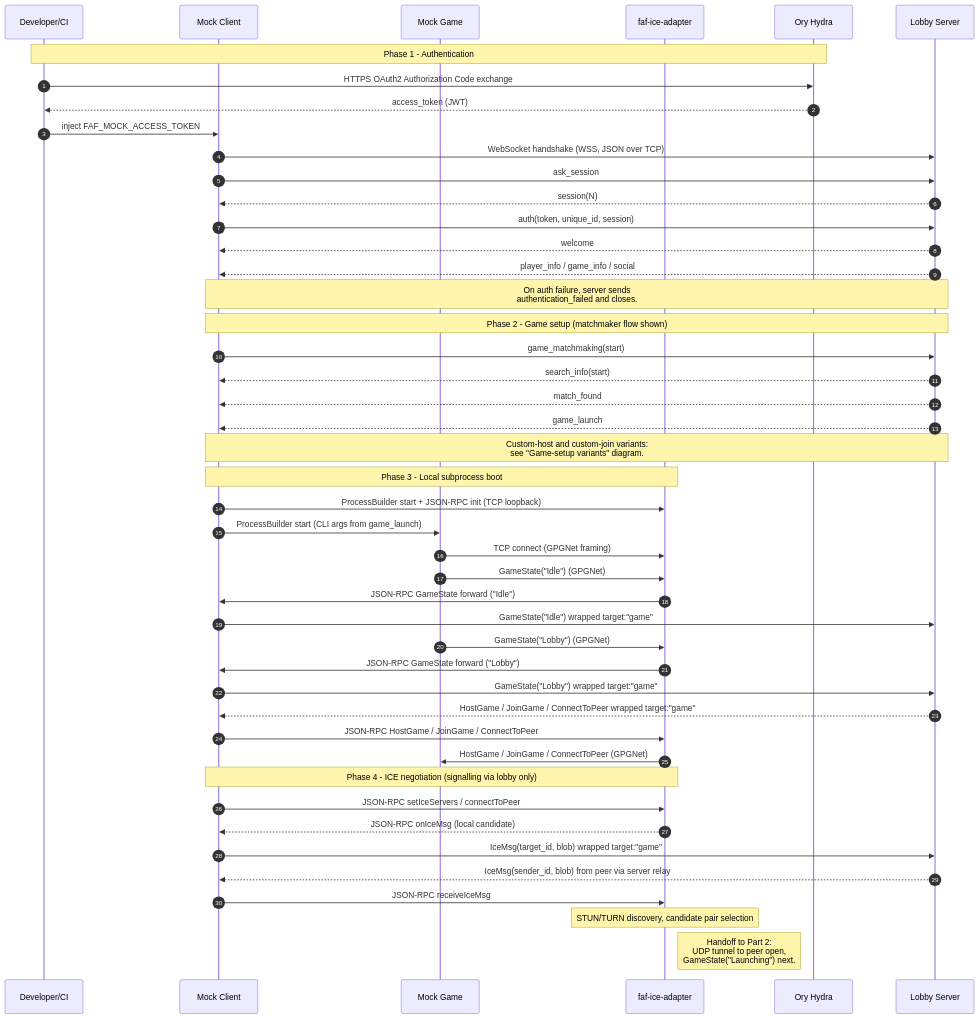
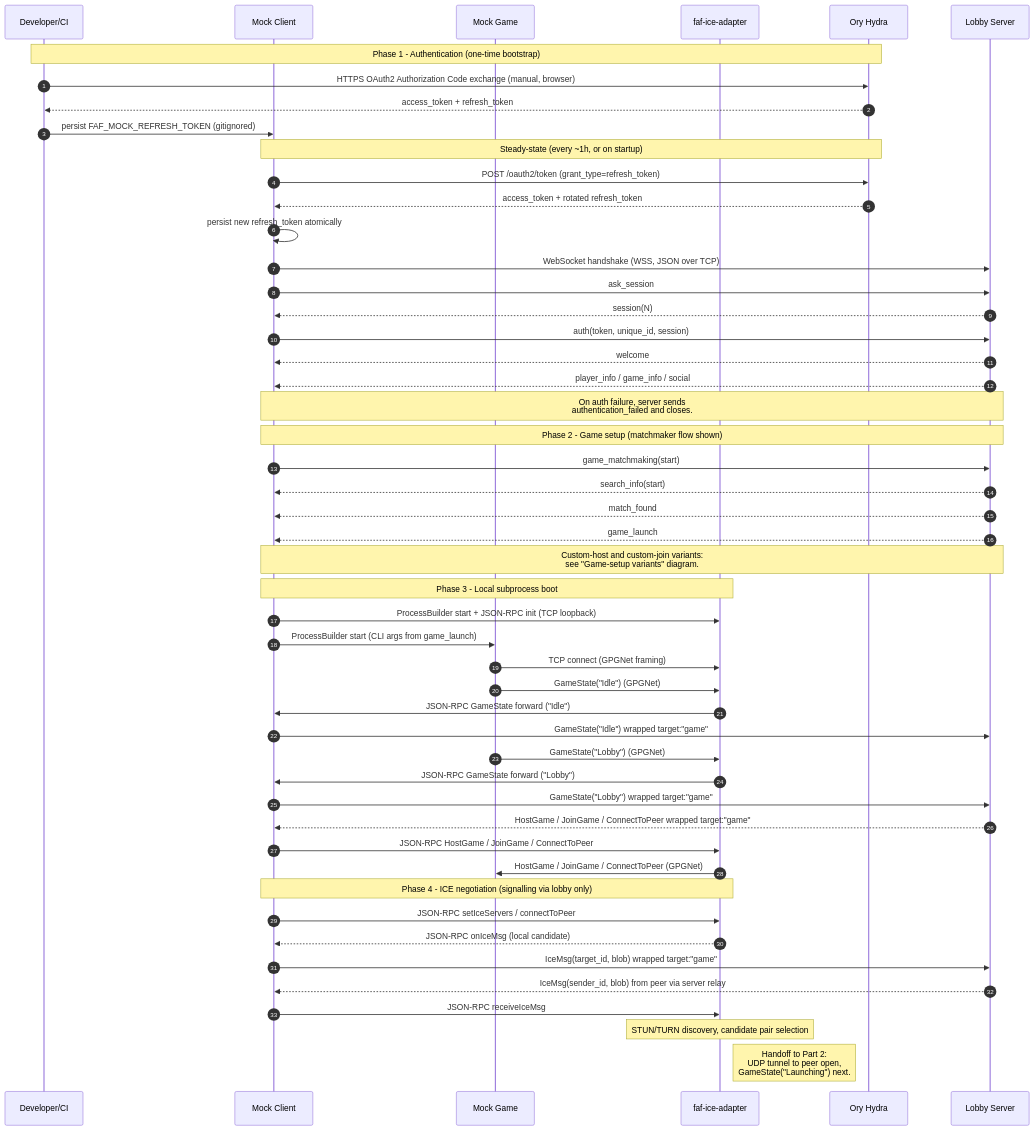
The first of 3 diagrams in documentation/diagrams/sequence-full-session.md (md-173/faf-test-harness), drawn with Mermaid before and after one commit. The commit also changed 1 other file, not shown here.

Commit message:
docs: update lobby protocol spec and sequence diagrams with oauth findings

````diff
--- a/documentation/diagrams/sequence-full-session.md
+++ b/documentation/diagrams/sequence-full-session.md
@@ -27,53 +27,59 @@
 ```mermaid
 sequenceDiagram
     autonumber
     participant Dev as Developer/CI
     participant MC as Mock Client
     participant MG as Mock Game
     participant IA as faf-ice-adapter
     participant Hydra as Ory Hydra
     participant LS as Lobby Server
 
-    Note over Dev,Hydra: Phase 1 - Authentication
-    Dev->>Hydra: HTTPS OAuth2 Authorization Code exchange
-    Hydra-->>Dev: access_token (JWT)
-    Dev->>MC: inject FAF_MOCK_ACCESS_TOKEN
+    Note over Dev,Hydra: Phase 1 - Authentication (one-time bootstrap)
+    Dev->>Hydra: HTTPS OAuth2 Authorization Code exchange (manual, browser)
+    Hydra-->>Dev: access_token + refresh_token
+    Dev->>MC: persist FAF_MOCK_REFRESH_TOKEN (gitignored)
+
+    Note over MC,Hydra: Steady-state (every ~1h, or on startup)
+    MC->>Hydra: POST /oauth2/token (grant_type=refresh_token)
+    Hydra-->>MC: access_token + rotated refresh_token
+    MC->>MC: persist new refresh_token atomically
+
 
     MC->>LS: WebSocket handshake (WSS, JSON over TCP)
     MC->>LS: ask_session
     LS-->>MC: session(N)
     MC->>LS: auth(token, unique_id, session)
     LS-->>MC: welcome
     LS-->>MC: player_info / game_info / social
     Note over MC,LS: On auth failure, server sends<br/>authentication_failed and closes.
 
     Note over MC,LS: Phase 2 - Game setup (matchmaker flow shown)
     MC->>LS: game_matchmaking(start)
     LS-->>MC: search_info(start)
     LS-->>MC: match_found
     LS-->>MC: game_launch
     Note over MC,LS: Custom-host and custom-join variants:<br/>see "Game-setup variants" diagram.
 
     Note over MC,IA: Phase 3 - Local subprocess boot
     MC->>IA: ProcessBuilder start + JSON-RPC init (TCP loopback)
     MC->>MG: ProcessBuilder start (CLI args from game_launch)
         MG->>IA: TCP connect (GPGNet framing)
     MG->>IA: GameState("Idle") (GPGNet)
     IA->>MC: JSON-RPC GameState forward ("Idle")
     MC->>LS: GameState("Idle") wrapped target:"game"
     MG->>IA: GameState("Lobby") (GPGNet)
     IA->>MC: JSON-RPC GameState forward ("Lobby")
     MC->>LS: GameState("Lobby") wrapped target:"game"
     LS-->>MC: HostGame / JoinGame / ConnectToPeer wrapped target:"game"
     MC->>IA: JSON-RPC HostGame / JoinGame / ConnectToPeer
     IA->>MG: HostGame / JoinGame / ConnectToPeer (GPGNet)
 
     Note over MC,IA: Phase 4 - ICE negotiation (signalling via lobby only)
     MC->>IA: JSON-RPC setIceServers / connectToPeer
     IA-->>MC: JSON-RPC onIceMsg (local candidate)
     MC->>LS: IceMsg(target_id, blob) wrapped target:"game"
     LS-->>MC: IceMsg(sender_id, blob) from peer via server relay
     MC->>IA: JSON-RPC receiveIceMsg
     Note over IA: STUN/TURN discovery, candidate pair selection
     Note right of IA: Handoff to Part 2:<br/>UDP tunnel to peer open,<br/>GameState("Launching") next.
 ```
````
